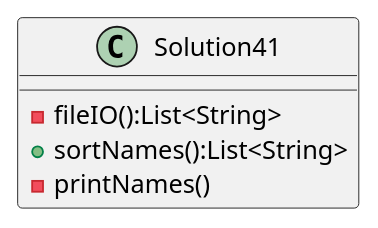
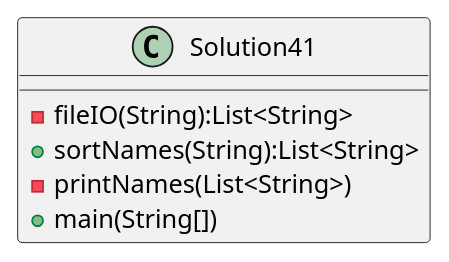
The diagram in exercise41/docs/Solution41.puml (jad714/davis-a04), drawn with PlantUML before and after one commit. The commit also changed 5 other files, not shown here.

Commit message:
Fixed a few issues with pseudocode and Exercise 41's UML's

```diff
--- a/exercise41/docs/Solution41.puml
+++ b/exercise41/docs/Solution41.puml
@@ -1,8 +1,9 @@
 @startuml
 class Solution41{
-    -fileIO():List<String>
-    +sortNames():List<String>
-    -printNames()
+    -fileIO(String):List<String>
+    +sortNames(String):List<String>
+    -printNames(List<String>)
+    +main(String[])
 }
 
 @enduml
```
